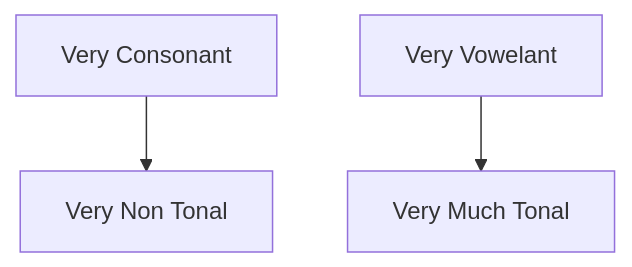
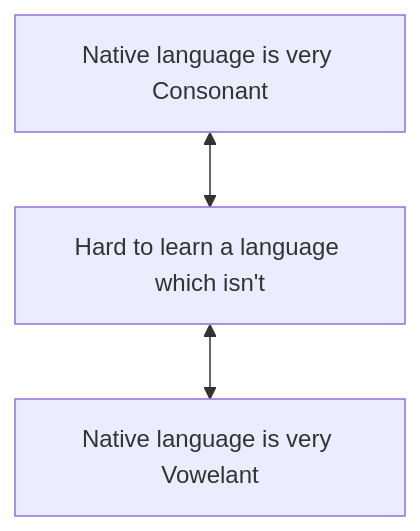
The diagram in general_communication_languages_categorization_for_learning.md (bendqh1/mermaid), drawn with Mermaid before and after one commit. The commit also changed other lines of this file, not shown here.

````diff
--- a/general_communication_languages_categorization_for_learning.md
+++ b/general_communication_languages_categorization_for_learning.md
@@ -1,5 +3,4 @@
 ```mermaid
 flowchart TD
-  A1[Very Consonant] --> B1[Very Non Tonal]
-  A3[Very Vowelant] --> B3[Very Much Tonal]
+  A1[Native language is very Consonant] <--> B1[Hard to learn a language which isn't] <-->  A2[Native language is very Vowelant]
 ```
````
